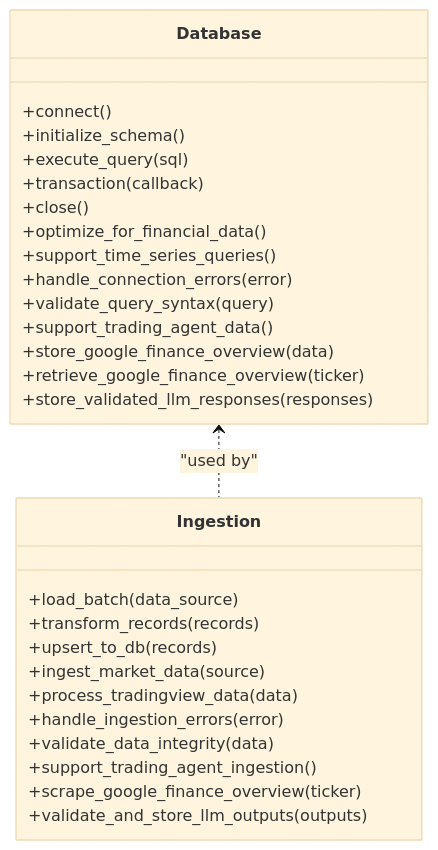
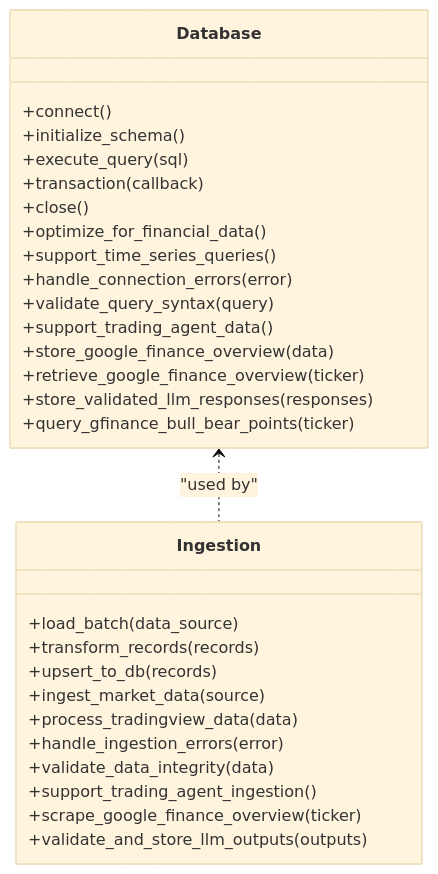
One commit to ZengSeng/telegram-bot changed the eighth of 13 diagrams in .qoder/repowiki/en/content/Core Components/Analysis Framework.md. Above: the diagram before and after it, drawn with Mermaid (base theme). The commit also changed other lines of this file and 11 other files, not shown here.

````diff
--- a/.qoder/repowiki/en/content/Core Components/Analysis Framework.md
+++ b/.qoder/repowiki/en/content/Core Components/Analysis Framework.md
@@ -434,31 +441,32 @@
 ```mermaid
 classDiagram
 class Database {
 +connect()
 +initialize_schema()
 +execute_query(sql)
 +transaction(callback)
 +close()
 +optimize_for_financial_data()
 +support_time_series_queries()
 +handle_connection_errors(error)
 +validate_query_syntax(query)
 +support_trading_agent_data()
 +store_google_finance_overview(data)
 +retrieve_google_finance_overview(ticker)
 +store_validated_llm_responses(responses)
++query_gfinance_bull_bear_points(ticker)
 }
 class Ingestion {
 +load_batch(data_source)
 +transform_records(records)
 +upsert_to_db(records)
 +ingest_market_data(source)
 +process_tradingview_data(data)
 +handle_ingestion_errors(error)
 +validate_data_integrity(data)
 +support_trading_agent_ingestion()
 +scrape_google_finance_overview(ticker)
 +validate_and_store_llm_outputs(outputs)
 }
 Database <.. Ingestion : "used by"
 ```
````
